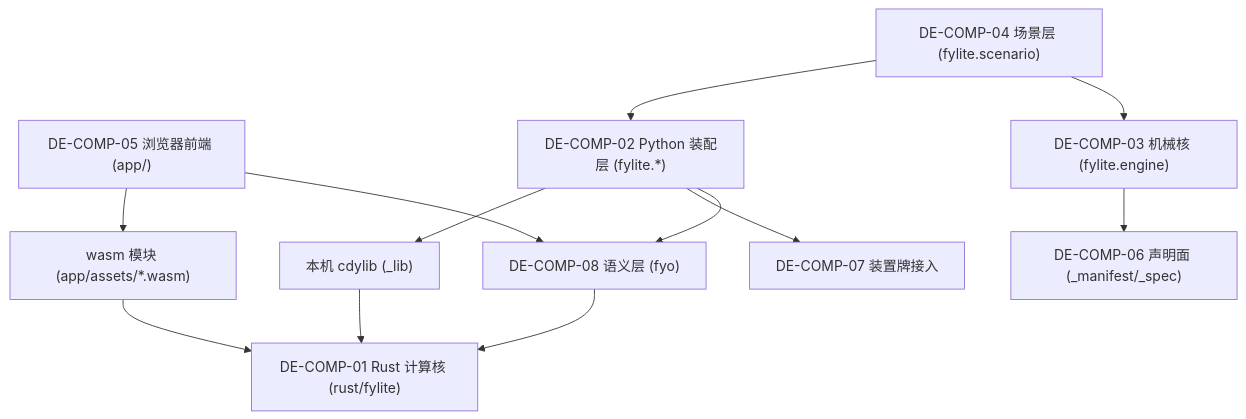
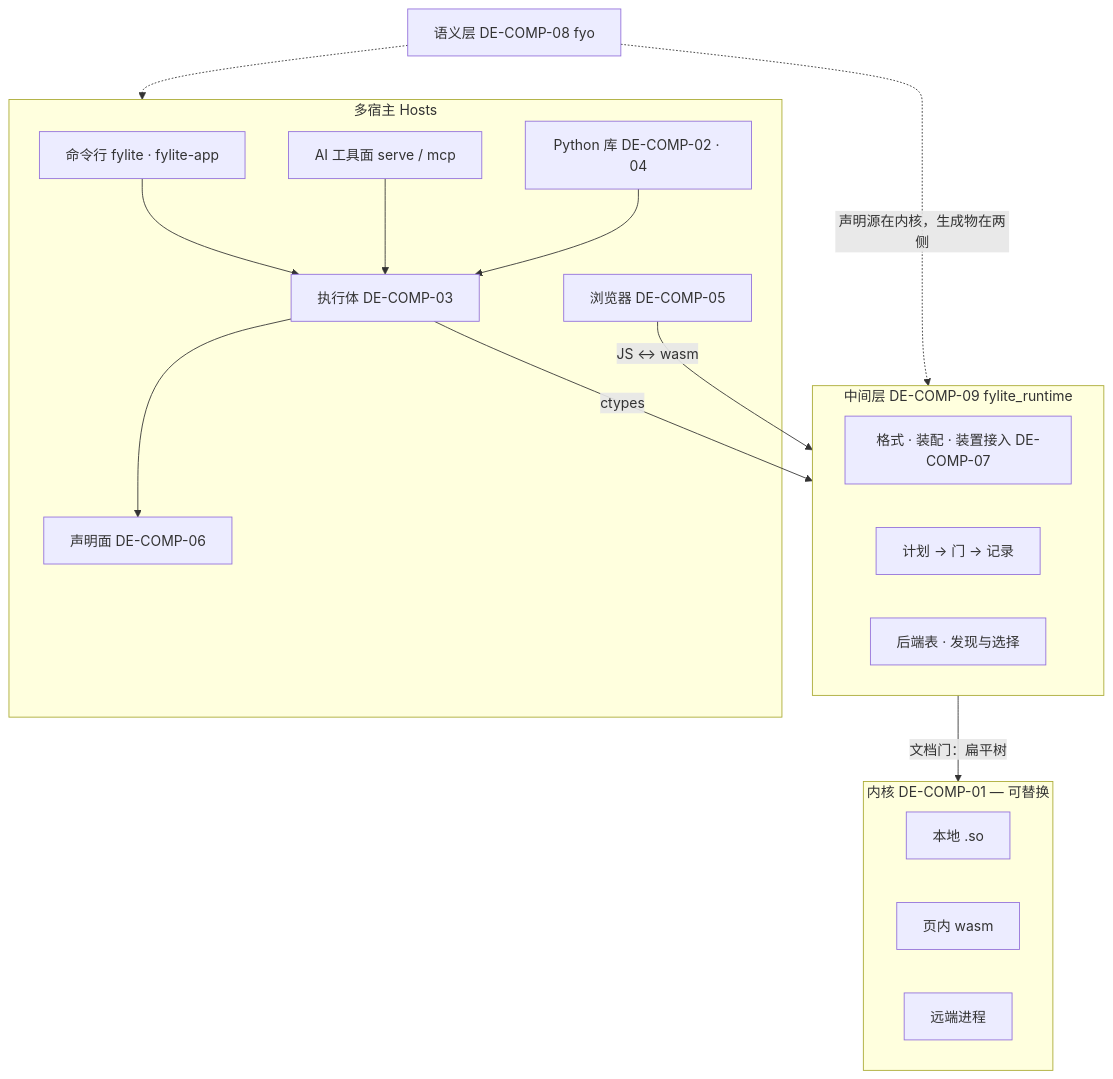
Before and after one commit to fusion-yun/fylite: the diagram in docs/design/FYL-SDD-01.md, drawn with Mermaid. The commit also changed other lines of this file and 7 other files, not shown here.

````diff
--- a/docs/design/FYL-SDD-01.md
+++ b/docs/design/FYL-SDD-01.md
@@ -144,24 +136,31 @@
 ```{mermaid}
-graph TD
-    APP["DE-COMP-05 浏览器前端 (app/)"]
-    WASM["wasm 模块 (app/assets/*.wasm)"]
-    CORE["DE-COMP-01 Rust 计算核 (rust/fylite)"]
-    CDYLIB["本机 cdylib (_lib)"]
-    ASM["DE-COMP-02 Python 装配层 (fylite.*)"]
-    ENG["DE-COMP-03 机械核 (fylite.engine)"]
-    SCN["DE-COMP-04 场景层 (fylite.scenario)"]
-    DECL["DE-COMP-06 声明面 (_manifest/_spec)"]
-    DEV["DE-COMP-07 装置牌接入"]
-    APP --> WASM
-    WASM --> CORE
-    CDYLIB --> CORE
-    ASM --> CDYLIB
-    ASM --> DEV
-    SCN --> ASM
-    ENG --> DECL
-    SCN --> ENG
-    FYO["DE-COMP-08 语义层 (fyo)"]
-    ASM --> FYO
-    APP --> FYO
-    FYO --> CORE
+flowchart TB
+  subgraph H[多宿主 Hosts]
+    CLI[命令行 fylite · fylite-app]
+    PY[Python 库 DE-COMP-02 · 04]
+    APP[浏览器 DE-COMP-05]
+    AI[AI 工具面 serve / mcp]
+    ENG[执行体 DE-COMP-03]
+    DECL[声明面 DE-COMP-06]
+  end
+  subgraph M[中间层 DE-COMP-09 fylite_runtime]
+    DATA[格式 · 装配 · 装置接入 DE-COMP-07]
+    CASE[计划 → 门 → 记录]
+    SEL[后端表 · 发现与选择]
+  end
+  subgraph K[内核 DE-COMP-01 — 可替换]
+    SO[本地 .so]
+    WASM[页内 wasm]
+    REMOTE[远端进程]
+  end
+  FYO[语义层 DE-COMP-08 fyo]
+  CLI --> ENG
+  AI --> ENG
+  PY --> ENG
+  ENG --> DECL
+  ENG -->|ctypes| M
+  APP -->|JS ↔ wasm| M
+  M -->|文档门：扁平树| K
+  FYO -.声明源在内核，生成物在两侧.-> M
+  FYO -.-> H
 ```
````
